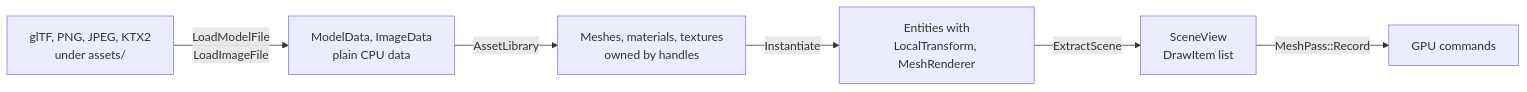
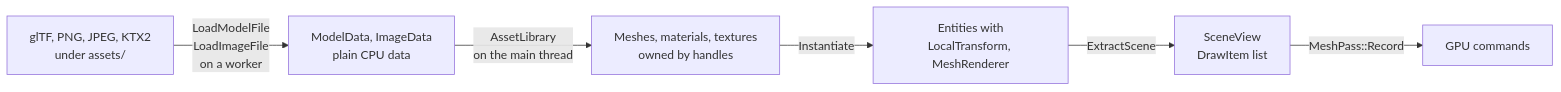
The fourth of 6 diagrams in docs/ARCHITECTURE.md (SBXdev3D/daidalos-engine-next), drawn with Mermaid before and after one commit. The commit also changed other lines of this file and 15 other files, not shown here.

````diff
--- a/docs/ARCHITECTURE.md
+++ b/docs/ARCHITECTURE.md
@@ -119,8 +130,8 @@
 ```mermaid
 flowchart LR
-    F["glTF, PNG, JPEG, KTX2<br/>under assets/"] -->|"LoadModelFile<br/>LoadImageFile"| C["ModelData, ImageData<br/>plain CPU data"]
-    C -->|"AssetLibrary"| G["Meshes, materials, textures<br/>owned by handles"]
+    F["glTF, PNG, JPEG, KTX2<br/>under assets/"] -->|"LoadModelFile<br/>LoadImageFile<br/>on a worker"| C["ModelData, ImageData<br/>plain CPU data"]
+    C -->|"AssetLibrary<br/>on the main thread"| G["Meshes, materials, textures<br/>owned by handles"]
     G -->|"Instantiate"| E["Entities with<br/>LocalTransform, MeshRenderer"]
     E -->|"ExtractScene"| S["SceneView<br/>DrawItem list"]
     S -->|"MeshPass::Record"| V["GPU commands"]
 ```
````
